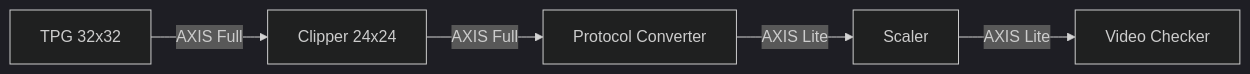
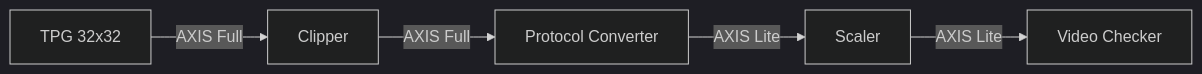
The diagram in README.md (10xEngineersTech/altera_video_pipeline), drawn with Mermaid (dark theme) before and after one commit. The commit also changed other lines of this file and 1720 other files, not shown here.

````diff
--- a/README.md
+++ b/README.md
@@ -28,7 +30,7 @@
 ```mermaid
 graph LR
-    A[TPG 32x32] -- "AXIS Full" --> B[Clipper 24x24]
+    A[TPG 32x32] -- "AXIS Full" --> B[Clipper]
     B -- "AXIS Full" --> C[Protocol Converter]
     C -- "AXIS Lite" --> D[Scaler]
     D -- "AXIS Lite" --> E[Video Checker]
 ```
````
